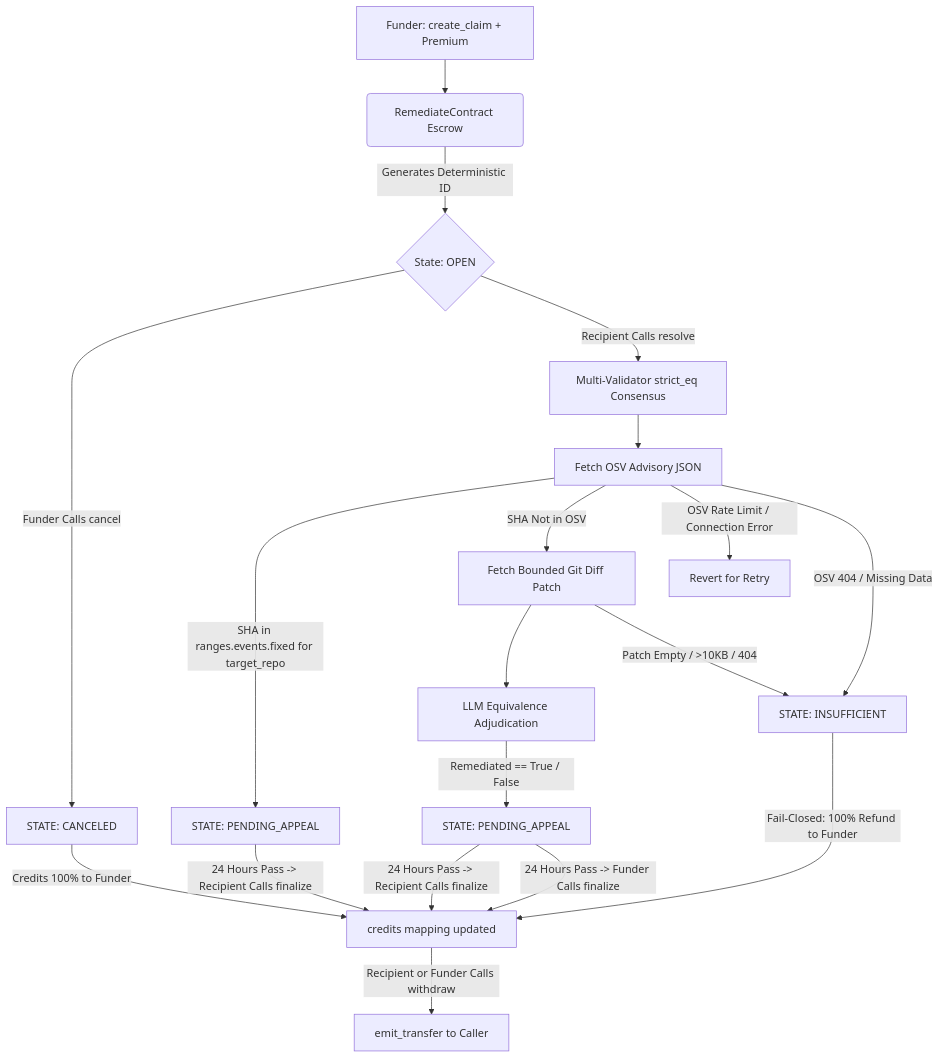
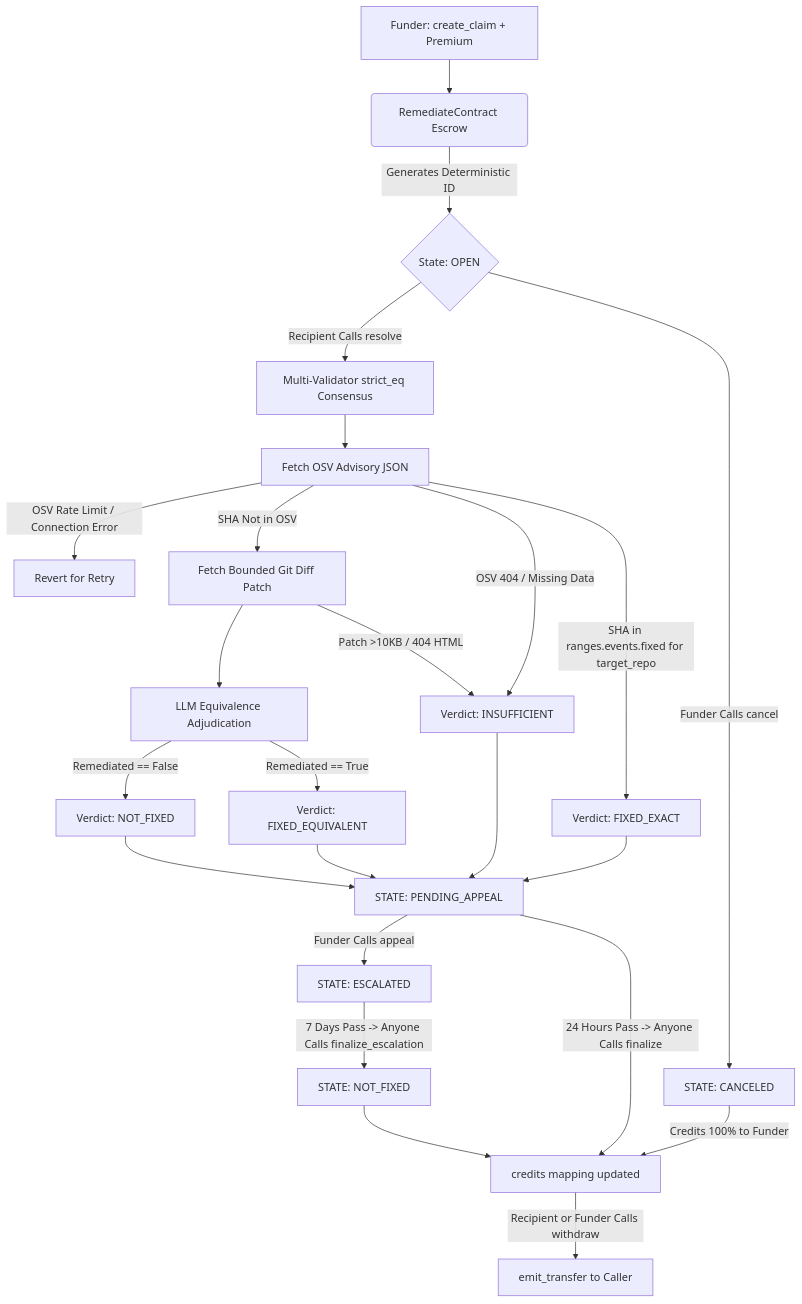
One commit to edwarderlick/remediate changed the diagram in README.md. Above: the diagram before and after it, drawn with Mermaid. The commit also changed other lines of this file, not shown here.

Commit message:
docs: correct fail-closed resolution states and setup instructions

````diff
--- a/README.md
+++ b/README.md
@@ -26,28 +26,35 @@
 ```mermaid
 graph TD
     A[Funder: create_claim + Premium] --> B(RemediateContract Escrow)
     B -->|Generates Deterministic ID| C{State: OPEN}
     
     C -->|Funder Calls cancel| D[STATE: CANCELED]
     D -->|Credits 100% to Funder| W[credits mapping updated]
     
     C -->|Recipient Calls resolve| E[Multi-Validator strict_eq Consensus]
     E --> F[Fetch OSV Advisory JSON]
     
-    F -->|SHA in ranges.events.fixed for target_repo| G[STATE: PENDING_APPEAL]
-    G -->|24 Hours Pass -> Recipient Calls finalize| W[credits mapping updated]
+    F -->|OSV Rate Limit / Connection Error| R[Revert for Retry]
+    
+    F -->|SHA in ranges.events.fixed for target_repo| G[Verdict: FIXED_EXACT]
+    G --> P[STATE: PENDING_APPEAL]
+    
+    F -->|OSV 404 / Missing Data| L[Verdict: INSUFFICIENT]
+    L --> P
     
     F -->|SHA Not in OSV| H[Fetch Bounded Git Diff Patch]
     H --> I[LLM Equivalence Adjudication]
-    I -->|Remediated == True / False| J[STATE: PENDING_APPEAL]
-    J -->|24 Hours Pass -> Recipient Calls finalize| W
-    J -->|24 Hours Pass -> Funder Calls finalize| W
+    I -->|Remediated == True| J[Verdict: FIXED_EQUIVALENT]
+    J --> P
+    I -->|Remediated == False| K[Verdict: NOT_FIXED]
+    K --> P
     
-    F -->|OSV Rate Limit / Connection Error| R[Revert for Retry]
-    F -->|OSV 404 / Missing Data| L[STATE: INSUFFICIENT]
-    L -->|Fail-Closed: 100% Refund to Funder| W
+    H -->|Patch >10KB / 404 HTML| L
     
-    H -->|Patch Empty / >10KB / 404| L
+    P -->|24 Hours Pass -> Anyone Calls finalize| W
+    P -->|Funder Calls appeal| X[STATE: ESCALATED]
+    X -->|7 Days Pass -> Anyone Calls finalize_escalation| Y[STATE: NOT_FIXED]
+    Y --> W
     
     W -->|Recipient or Funder Calls withdraw| M[emit_transfer to Caller]
 ```
````
